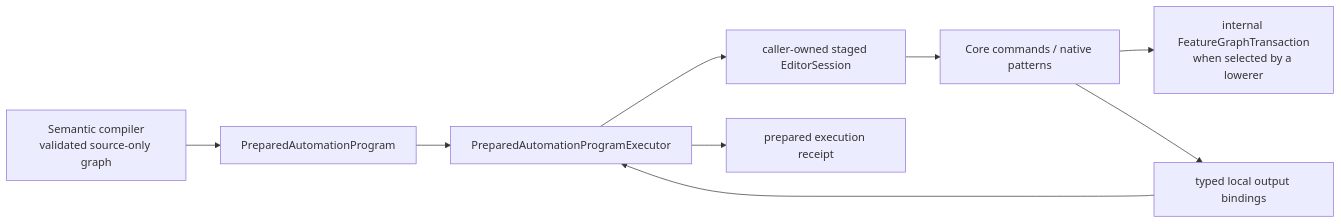
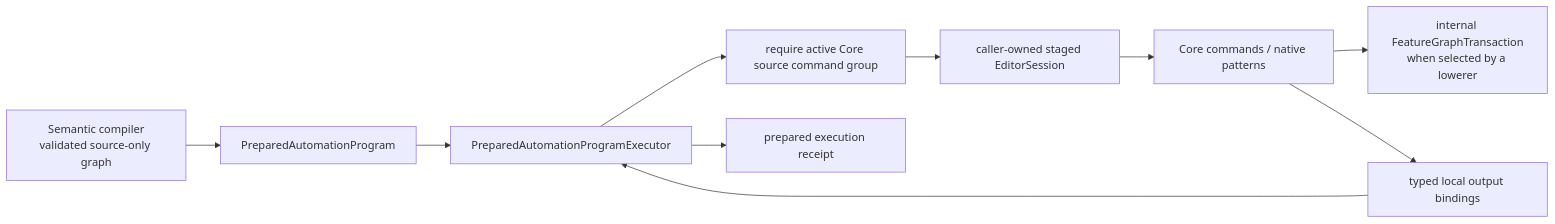
The first of 2 diagrams in RupaKit/Sources/RupaAutomation/DESIGN.md (1amageek/Rupa), drawn with Mermaid before and after one commit. The commit also changed other lines of this file and 26 other files, not shown here.

````diff
--- a/RupaKit/Sources/RupaAutomation/DESIGN.md
+++ b/RupaKit/Sources/RupaAutomation/DESIGN.md
@@ -47,11 +54,12 @@
 ```mermaid
 flowchart LR
     Compiler["Semantic compiler\nvalidated source-only graph"] --> Plan["PreparedAutomationProgram"]
     Plan --> Executor["PreparedAutomationProgramExecutor"]
-    Executor --> Session["caller-owned staged EditorSession"]
+    Executor --> Guard["require active Core source command group"]
+    Guard --> Session["caller-owned staged EditorSession"]
     Session --> Commands["Core commands / native patterns"]
     Commands --> InternalGraph["internal FeatureGraphTransaction\nwhen selected by a lowerer"]
     Commands --> Bindings["typed local output bindings"]
     Bindings --> Executor
     Executor --> Receipt["prepared execution receipt"]
 ```
````
